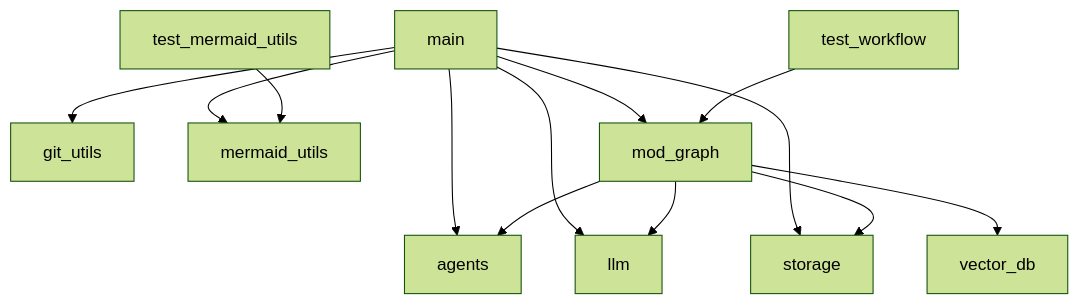
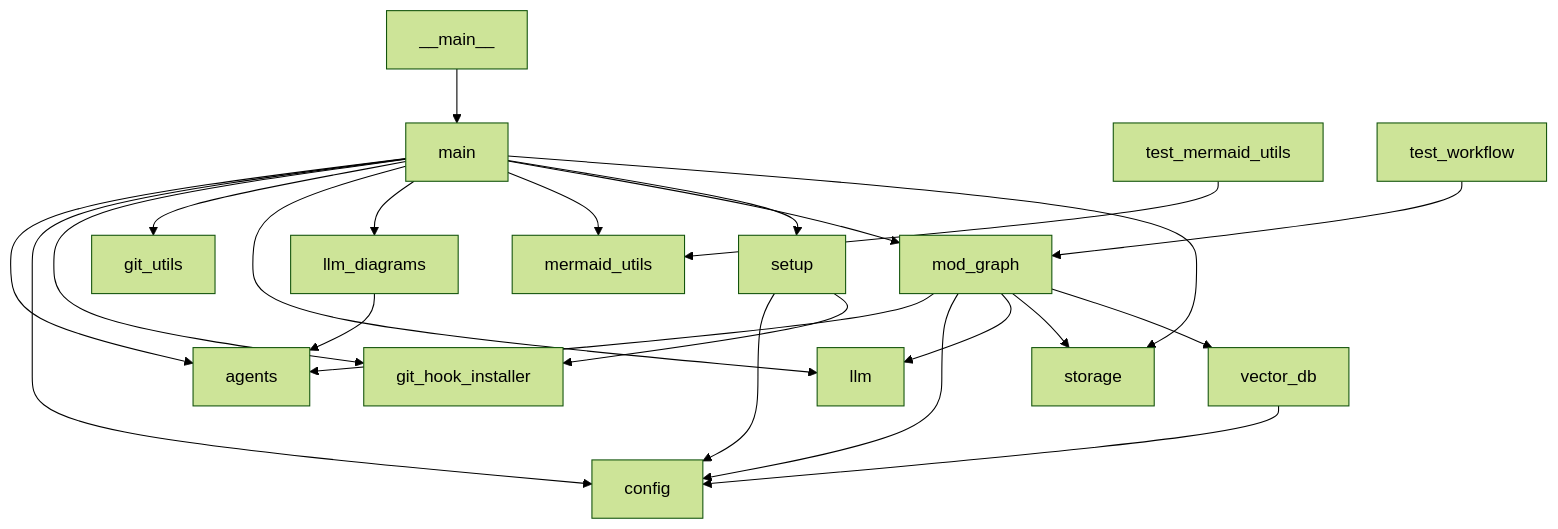
Before and after one commit to BurntDosa/Checkpoint: the fourth of 4 diagrams in MASTER_CONTEXT.md, drawn with Mermaid (forest theme). The commit also changed other lines of this file, not shown here.

````diff
--- a/MASTER_CONTEXT.md
+++ b/MASTER_CONTEXT.md
@@ -63,15 +94,25 @@
 ```mermaid
 graph TD
+    __main__ --> main
+    llm_diagrams --> agents
     main --> agents
+    main --> config
+    main --> git_hook_installer
     main --> git_utils
     main --> llm
+    main --> llm_diagrams
     main --> mermaid_utils
     main --> mod_graph
+    main --> setup
     main --> storage
     mod_graph --> agents
+    mod_graph --> config
     mod_graph --> llm
     mod_graph --> storage
     mod_graph --> vector_db
+    setup --> config
+    setup --> git_hook_installer
     test_mermaid_utils --> mermaid_utils
     test_workflow --> mod_graph
+    vector_db --> config
 ```
````
